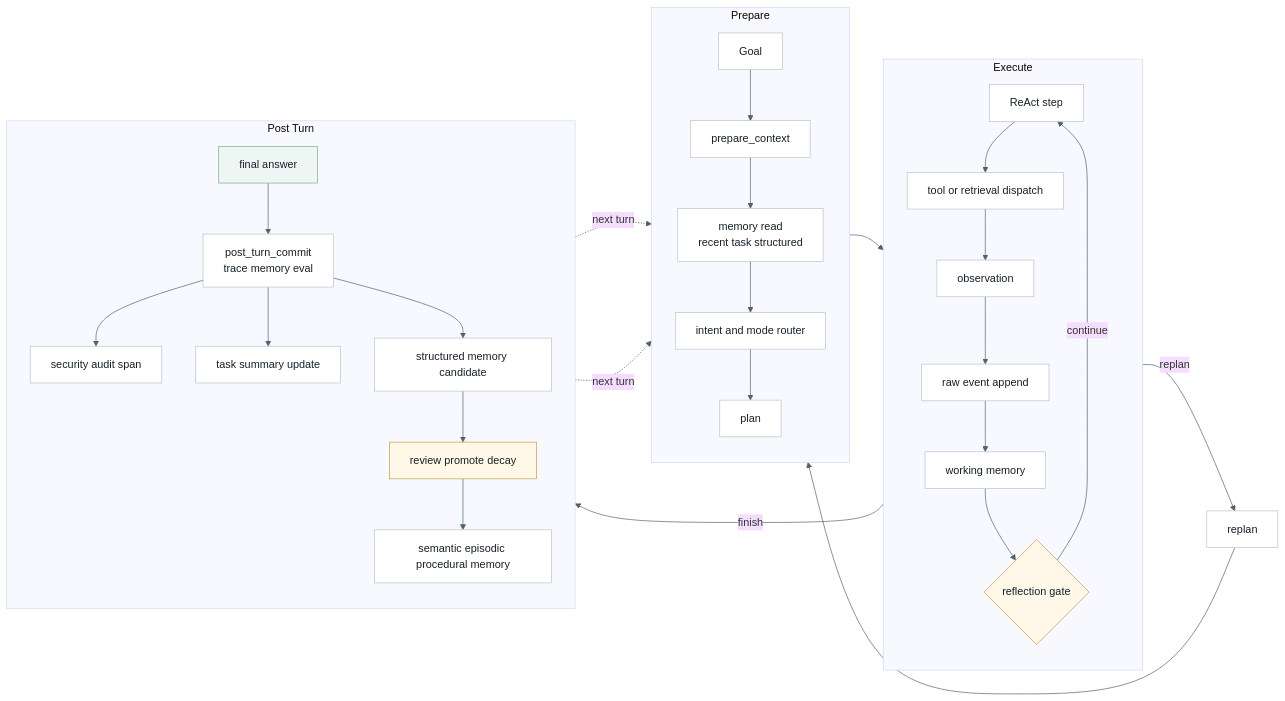
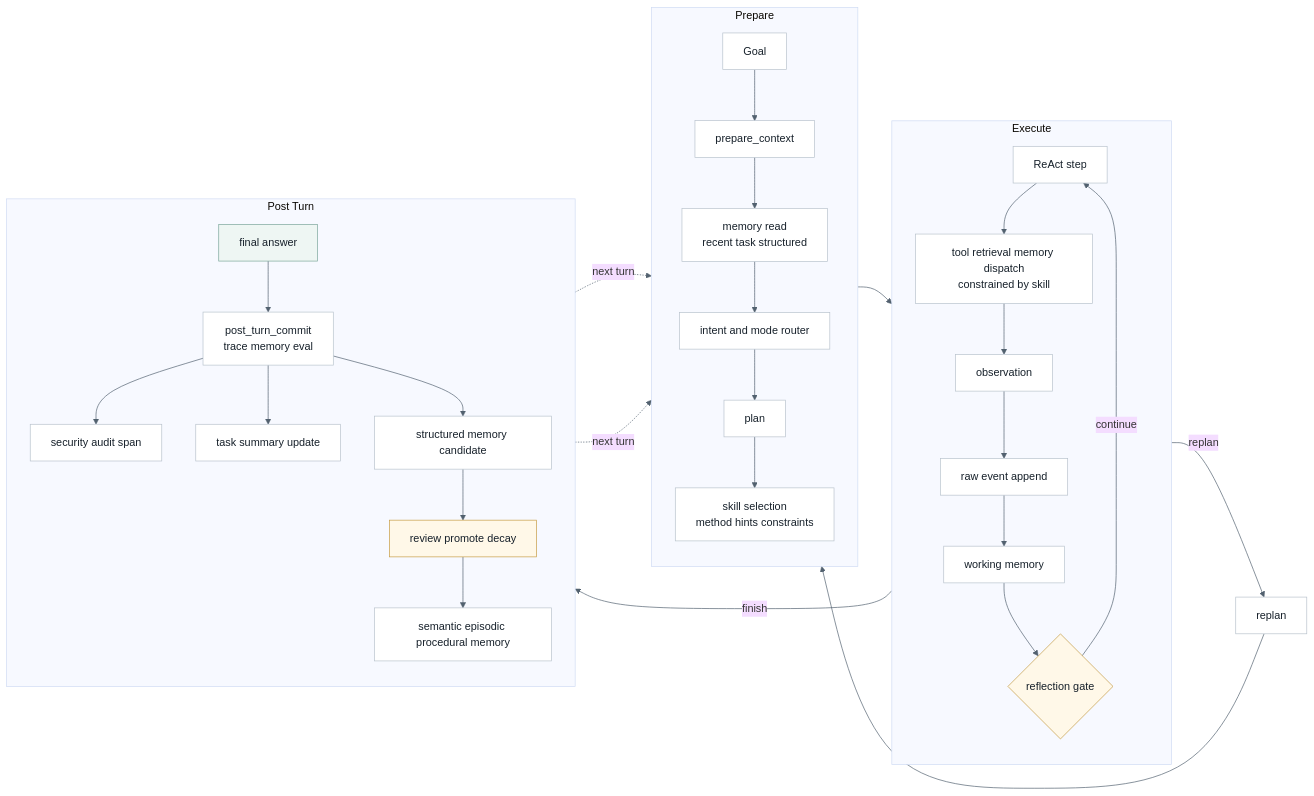
The tenth of 10 diagrams in .agent/architecture/architecture.md (ProfessorZhi/Zuno), drawn with Mermaid before and after one commit. The commit also changed other lines of this file and 12 other files, not shown here.

Commit message:
docs: define agent core capability architecture

````diff
--- a/.agent/architecture/architecture.md
+++ b/.agent/architecture/architecture.md
@@ -1847,53 +1973,54 @@
 ```mermaid
 %%{init: {"theme": "base", "themeVariables": {"background": "#f7f8fb", "lineColor": "#52616f"}}}%%
 flowchart LR
   classDef node fill:#ffffff,stroke:#b8c2cc,stroke-width:1px,color:#16202a;
   classDef decision fill:#fff8e8,stroke:#c59b43,stroke-width:1px,color:#16202a;
   classDef accent fill:#eef6f3,stroke:#7aa59a,stroke-width:1px,color:#16202a;
 
   GOAL["Goal"]
   PREP["prepare_context"]
   READMEM["memory read<br/>recent task structured"]
   ROUTE["intent and mode router"]
   PLAN["plan"]
+  SKILL["skill selection<br/>method hints constraints"]
   STEP["ReAct step"]
-  CALL["tool or retrieval dispatch"]
+  CALL["tool retrieval memory dispatch<br/>constrained by skill"]
   OBS["observation"]
   RAW["raw event append"]
   WORK["working memory"]
   REFLECT{"reflection gate"}:::decision
   REPLAN["replan"]
   FINAL["final answer"]:::accent
   COMMIT["post_turn_commit<br/>trace memory eval"]
   AUDIT["security audit span"]
   SUMMARY["task summary update"]
   CAND["structured memory candidate"]
   REVIEW["review promote decay"]:::decision
   LONG["semantic episodic procedural memory"]
 
   subgraph PREPARE["Prepare"]
     direction TB
-    GOAL --> PREP --> READMEM --> ROUTE --> PLAN
+    GOAL --> PREP --> READMEM --> ROUTE --> PLAN --> SKILL
   end
 
   subgraph EXECUTE["Execute"]
     direction TB
     STEP --> CALL --> OBS --> RAW --> WORK --> REFLECT
   end
 
   subgraph POSTTURN["Post Turn"]
     direction TB
     FINAL --> COMMIT
     COMMIT --> AUDIT
     COMMIT --> SUMMARY
     COMMIT --> CAND --> REVIEW --> LONG
   end
 
-  PLAN --> STEP
+  SKILL --> STEP
   REFLECT -->|continue| STEP
   REFLECT -->|replan| REPLAN --> PLAN
   REFLECT -->|finish| FINAL
   SUMMARY -. next turn .-> READMEM
   LONG -. next turn .-> READMEM
-  class GOAL,PREP,READMEM,ROUTE,PLAN,STEP,CALL,OBS,RAW,WORK,REPLAN,COMMIT,AUDIT,SUMMARY,CAND,LONG node;
+  class GOAL,PREP,READMEM,ROUTE,PLAN,SKILL,STEP,CALL,OBS,RAW,WORK,REPLAN,COMMIT,AUDIT,SUMMARY,CAND,LONG node;
 ```
````
